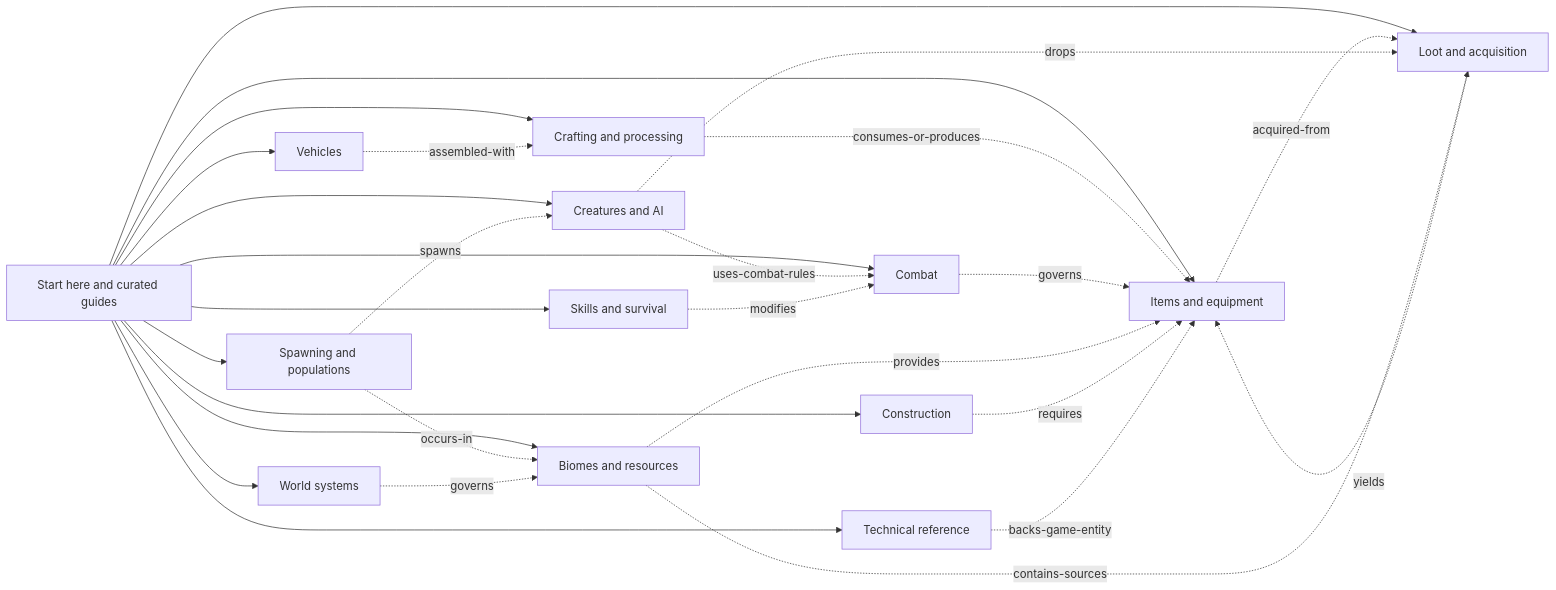
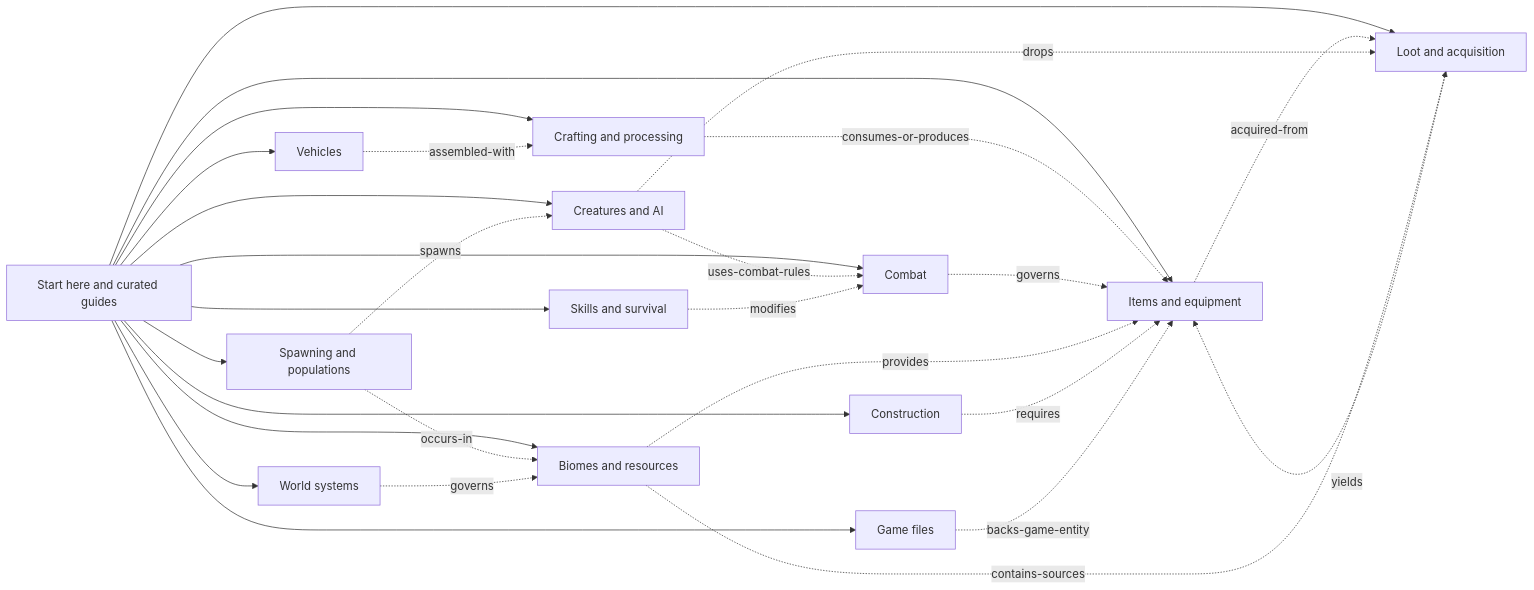
One commit to rk-gamemods/HumanHostWiki changed the first of 2 diagrams in docs/REPOSITORIES.md. Above: the diagram before and after it, drawn with Mermaid. The commit also changed other lines of this file and 35 other files, not shown here.

````diff
--- a/docs/REPOSITORIES.md
+++ b/docs/REPOSITORIES.md
@@ -28,43 +28,43 @@
 ```mermaid
 flowchart LR
   hub["Start here and curated guides"]
   items_equipment["Items and equipment"]
   hub --> items_equipment
   loot_acquisition["Loot and acquisition"]
   hub --> loot_acquisition
   crafting_processing["Crafting and processing"]
   hub --> crafting_processing
   combat["Combat"]
   hub --> combat
   creatures_ai["Creatures and AI"]
   hub --> creatures_ai
   spawning_populations["Spawning and populations"]
   hub --> spawning_populations
   skills_survival["Skills and survival"]
   hub --> skills_survival
   biomes_resources["Biomes and resources"]
   hub --> biomes_resources
   construction["Construction"]
   hub --> construction
   vehicles["Vehicles"]
   hub --> vehicles
   world_systems["World systems"]
   hub --> world_systems
-  technical_reference["Technical reference"]
+  technical_reference["Game files"]
   hub --> technical_reference
   items_equipment -. acquired-from .-> loot_acquisition
   loot_acquisition -. yields .-> items_equipment
   crafting_processing -. consumes-or-produces .-> items_equipment
   combat -. governs .-> items_equipment
   creatures_ai -. uses-combat-rules .-> combat
   creatures_ai -. drops .-> loot_acquisition
   spawning_populations -. spawns .-> creatures_ai
   spawning_populations -. occurs-in .-> biomes_resources
   skills_survival -. modifies .-> combat
   biomes_resources -. provides .-> items_equipment
   biomes_resources -. contains-sources .-> loot_acquisition
   construction -. requires .-> items_equipment
   vehicles -. assembled-with .-> crafting_processing
   world_systems -. governs .-> biomes_resources
   technical_reference -. backs-game-entity .-> items_equipment
 ```
````
